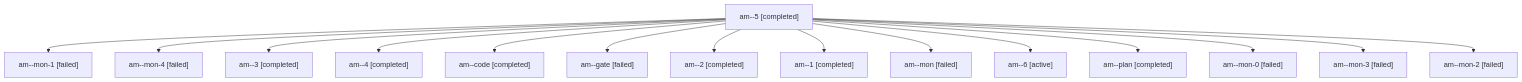
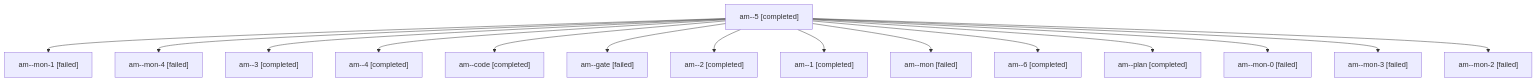
The diagram in sessions/bbugyi200.apollo.am.md (bobs-org/bob-cli--agents), drawn with Mermaid before and after one commit. The commit also changed other lines of this file and 6 other files, not shown here.

````diff
--- a/sessions/bbugyi200.apollo.am.md
+++ b/sessions/bbugyi200.apollo.am.md
@@ -9,32 +9,32 @@
 ```mermaid
 flowchart TD
   n0["am--5 [completed]"]
   n1["am--mon-1 [failed]"]
   n0 --> n1
   n2["am--mon-4 [failed]"]
   n0 --> n2
   n3["am--3 [completed]"]
   n0 --> n3
   n4["am--4 [completed]"]
   n0 --> n4
   n5["am--code [completed]"]
   n0 --> n5
   n6["am--gate [failed]"]
   n0 --> n6
   n7["am--2 [completed]"]
   n0 --> n7
   n8["am--1 [completed]"]
   n0 --> n8
   n9["am--mon [failed]"]
   n0 --> n9
-  n10["am--6 [active]"]
+  n10["am--6 [completed]"]
   n0 --> n10
   n11["am--plan [completed]"]
   n0 --> n11
   n12["am--mon-0 [failed]"]
   n0 --> n12
   n13["am--mon-3 [failed]"]
   n0 --> n13
   n14["am--mon-2 [failed]"]
   n0 --> n14
 ```
````
